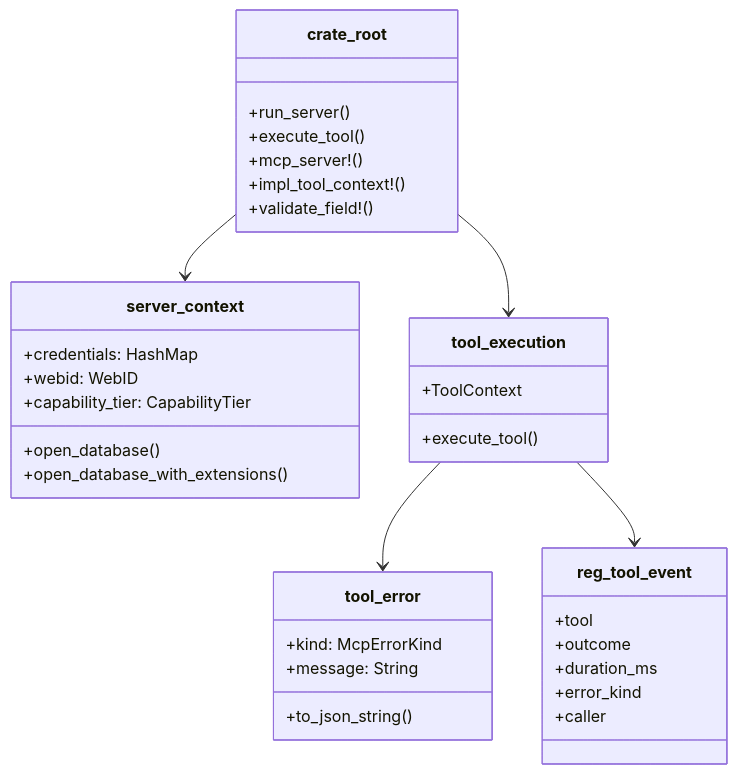
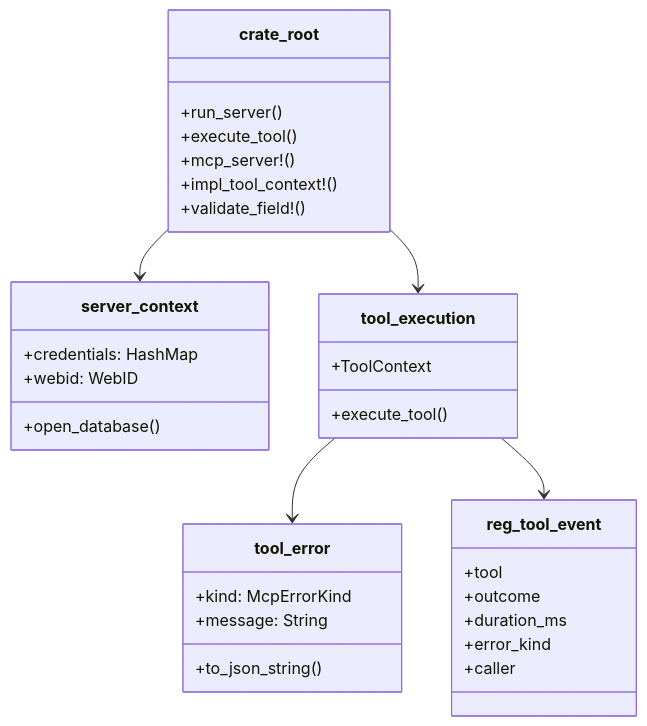
The diagram in kask/docs/diataxis/hkask-mcp-server/reference.md (mdz-axo/zed-kask), drawn with Mermaid before and after one commit. The commit also changed other lines of this file and 60 other files, not shown here.

````diff
--- a/kask/docs/diataxis/hkask-mcp-server/reference.md
+++ b/kask/docs/diataxis/hkask-mcp-server/reference.md
@@ -19,38 +19,36 @@
 ```mermaid
 classDiagram
     class crate_root {
         +run_server()
         +execute_tool()
         +mcp_server!()
         +impl_tool_context!()
         +validate_field!()
     }
     class server_context {
         +credentials: HashMap
         +webid: WebID
-        +capability_tier: CapabilityTier
         +open_database()
-        +open_database_with_extensions()
     }
     class tool_execution {
         +ToolContext
         +execute_tool()
     }
     class tool_error {
         +kind: McpErrorKind
         +message: String
         +to_json_string()
     }
     class reg_tool_event {
         +tool
         +outcome
         +duration_ms
         +error_kind
         +caller
     }
 
     crate_root --> server_context
     crate_root --> tool_execution
     tool_execution --> tool_error
     tool_execution --> reg_tool_event
 ```
````
